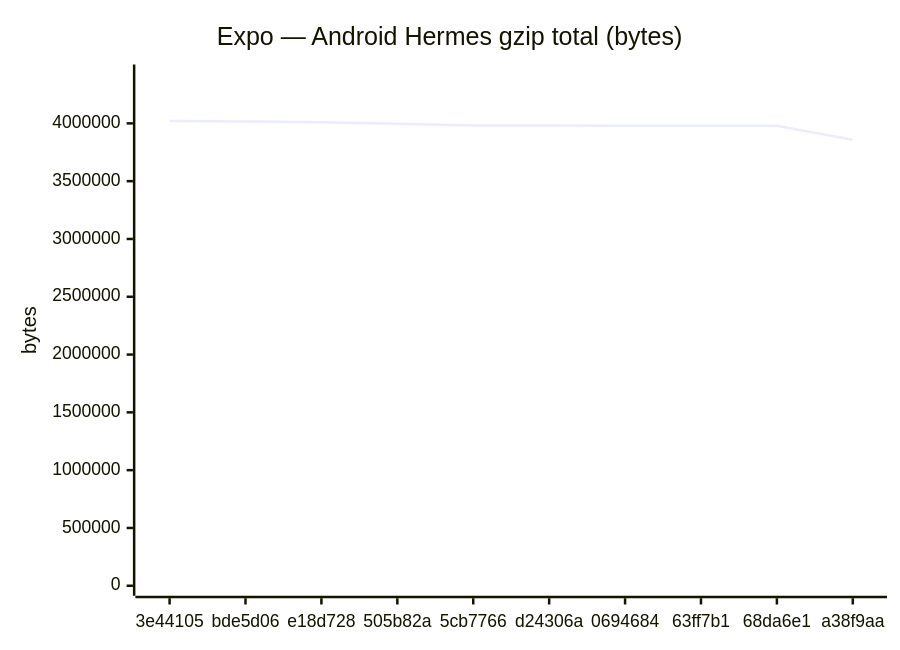
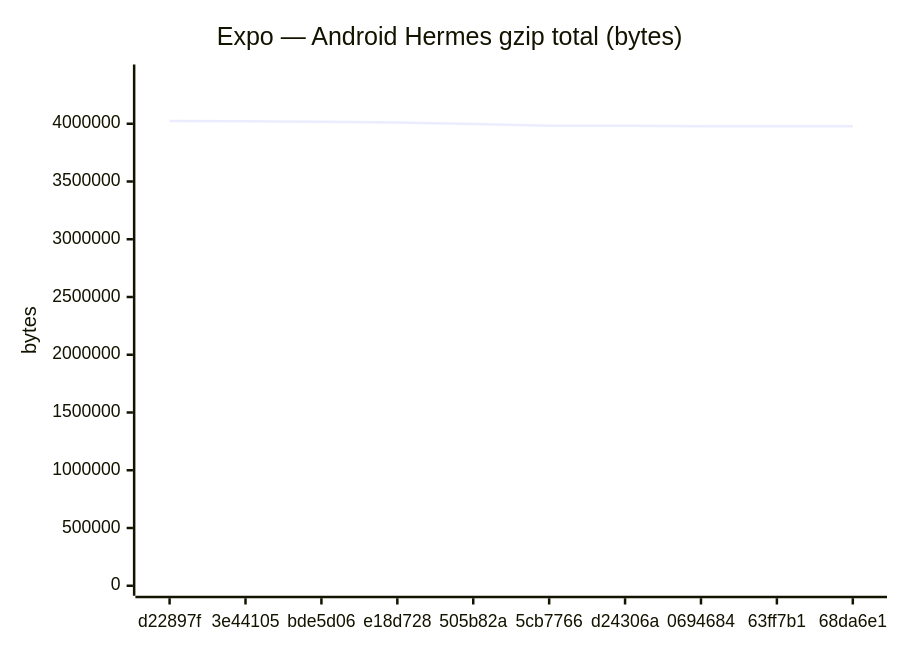
Before and after one commit to Metaheurist/Rianell: the fifth of 18 diagrams in benchmarks/compare.md, drawn with Mermaid. The commit also changed other lines of this file and 11 other files, not shown here.

````diff
--- a/benchmarks/compare.md
+++ b/benchmarks/compare.md
@@ -89,7 +89,7 @@
 ```mermaid
 xychart-beta
     title "Expo — Android Hermes gzip total (bytes)"
-    x-axis ["3e44105", "bde5d06", "e18d728", "505b82a", "5cb7766", "d24306a", "0694684", "63ff7b1", "68da6e1", "a38f9aa"]
-    y-axis "bytes" 0 --> 4422759
-    line [4020690, 4016661, 4010565, 3997221, 3982594, 3982590, 3979178, 3979178, 3979178, 3858192]
+    x-axis ["d22897f", "3e44105", "bde5d06", "e18d728", "505b82a", "5cb7766", "d24306a", "0694684", "63ff7b1", "68da6e1"]
+    y-axis "bytes" 0 --> 4426366
+    line [4023969, 4020690, 4016661, 4010565, 3997221, 3982594, 3982590, 3979178, 3979178, 3979178]
 ```
````
